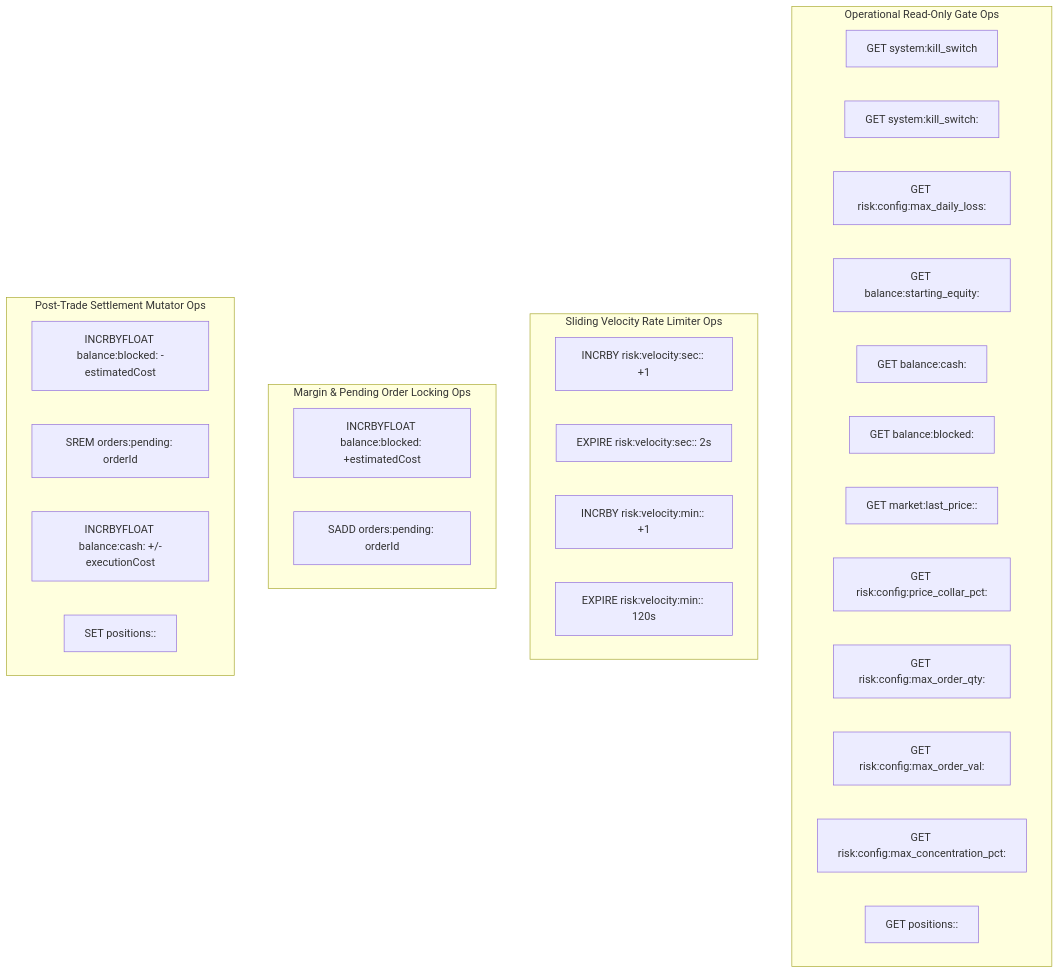
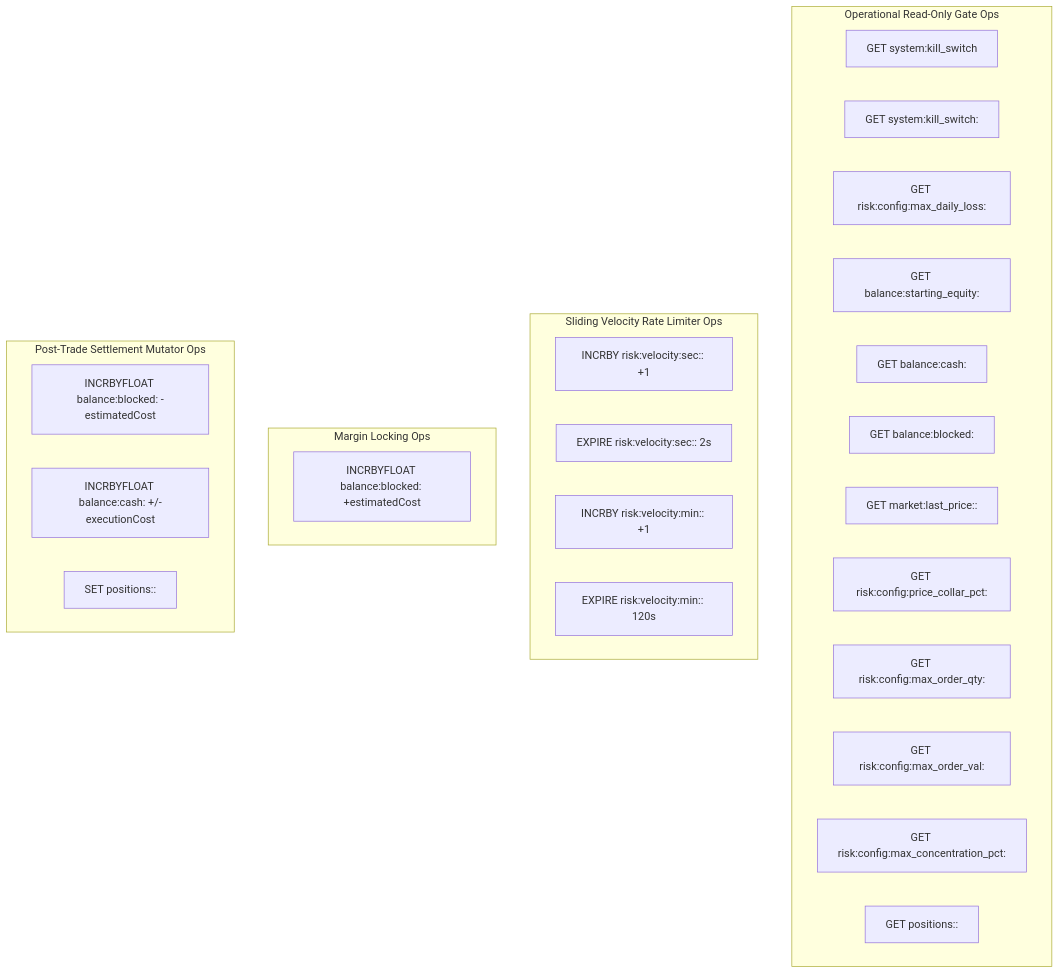
Before and after one commit to jeshupatelg/distributed-trading-system: the second of 2 diagrams in design/redis-keys-flow/runtime-signal-event.md, drawn with Mermaid. The commit also changed other lines of this file and 11 other files, not shown here.

Commit message:
feat(redis,state): remove dead write-only key ORDERS_PENDING across OPS, OMS, shared-models, and docs

````diff
--- a/design/redis-keys-flow/runtime-signal-event.md
+++ b/design/redis-keys-flow/runtime-signal-event.md
@@ -83,36 +81,34 @@
 ```mermaid
 graph TD
     subgraph Operational Read-Only Gate Ops
         R1["GET system:kill_switch"]
         R2["GET system:kill_switch:<provider>"]
         R3["GET risk:config:max_daily_loss:<provider>"]
         R4["GET balance:starting_equity:<provider>"]
         R5["GET balance:cash:<provider>"]
         R6["GET balance:blocked:<provider>"]
         R7["GET market:last_price:<provider>:<symbol>"]
         R8["GET risk:config:price_collar_pct:<provider>"]
         R9["GET risk:config:max_order_qty:<provider>"]
         R10["GET risk:config:max_order_val:<provider>"]
         R11["GET risk:config:max_concentration_pct:<provider>"]
         R12["GET positions:<provider>:<symbol>"]
     end
 
     subgraph Sliding Velocity Rate Limiter Ops
         V1["INCRBY risk:velocity:sec:<provider>:<epoch> +1"]
         V2["EXPIRE risk:velocity:sec:<provider>:<epoch> 2s"]
         V3["INCRBY risk:velocity:min:<provider>:<epoch> +1"]
         V4["EXPIRE risk:velocity:min:<provider>:<epoch> 120s"]
     end
 
-    subgraph Margin & Pending Order Locking Ops
+    subgraph Margin Locking Ops
         L1["INCRBYFLOAT balance:blocked:<provider> +estimatedCost"]
-        L2["SADD orders:pending:<provider> orderId"]
     end
 
     subgraph Post-Trade Settlement Mutator Ops
         S1["INCRBYFLOAT balance:blocked:<provider> -estimatedCost"]
-        S2["SREM orders:pending:<provider> orderId"]
         S3["INCRBYFLOAT balance:cash:<provider> +/-executionCost"]
         S4["SET positions:<provider>:<symbol> newPos"]
     end
 ```
````
